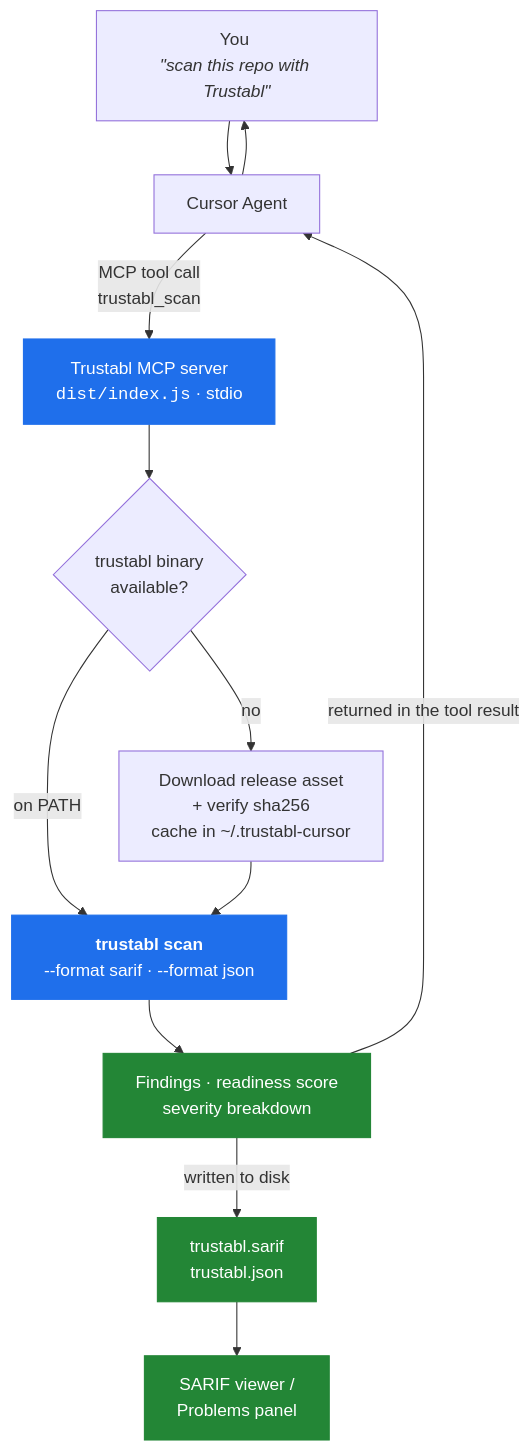
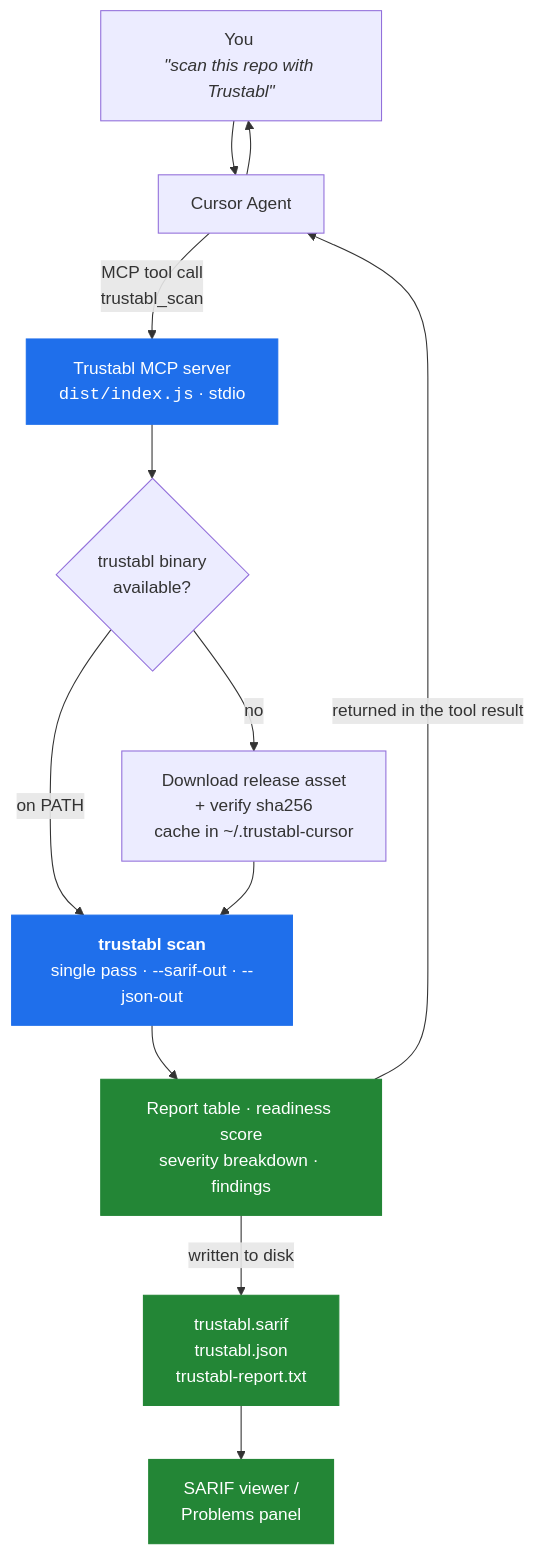
One commit to trustabl/trustabl-cursor changed the diagram in README.md. Above: the diagram before and after it, drawn with Mermaid. The commit also changed other lines of this file and 3 other files, not shown here.

Commit message:
feat: severity table + text report; fix: portable MCP launch path via cwd

````diff
--- a/README.md
+++ b/README.md
@@ -17,21 +17,21 @@
 ```mermaid
 flowchart TD
     U["You <br/><i>&quot;scan this repo with Trustabl&quot;</i>"] --> A["Cursor Agent"]
     A -->|"MCP tool call<br/>trustabl_scan"| S["Trustabl MCP server<br/><code>dist/index.js</code> · stdio"]
 
     S --> B{"trustabl binary<br/>available?"}
     B -->|"on PATH"| SCAN
     B -->|"no"| D["Download release asset<br/>+ verify sha256<br/>cache in ~/.trustabl-cursor"]
-    D --> SCAN["<b>trustabl scan</b><br/>--format sarif · --format json"]
+    D --> SCAN["<b>trustabl scan</b><br/>single pass · --sarif-out · --json-out"]
 
-    SCAN --> R["Findings · readiness score<br/>severity breakdown"]
+    SCAN --> R["Report table · readiness score<br/>severity breakdown · findings"]
     R -->|"returned in the tool result"| A
-    R -->|"written to disk"| F["trustabl.sarif<br/>trustabl.json"]
+    R -->|"written to disk"| F["trustabl.sarif<br/>trustabl.json<br/>trustabl-report.txt"]
     F --> V["SARIF viewer /<br/>Problems panel"]
     A --> U
 
     classDef plugin fill:#1f6feb,stroke:#1f6feb,color:#fff
     classDef output fill:#238636,stroke:#238636,color:#fff
     class S,SCAN plugin
     class F,V,R output
 ```
````
